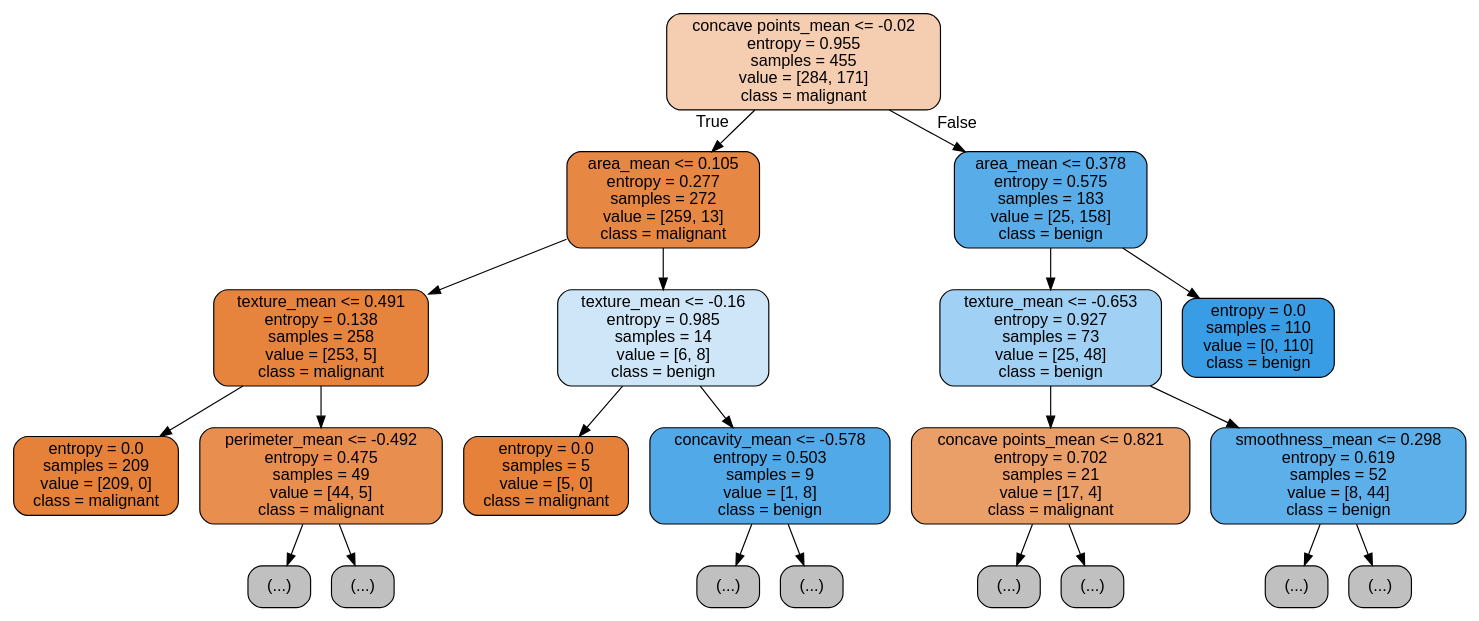
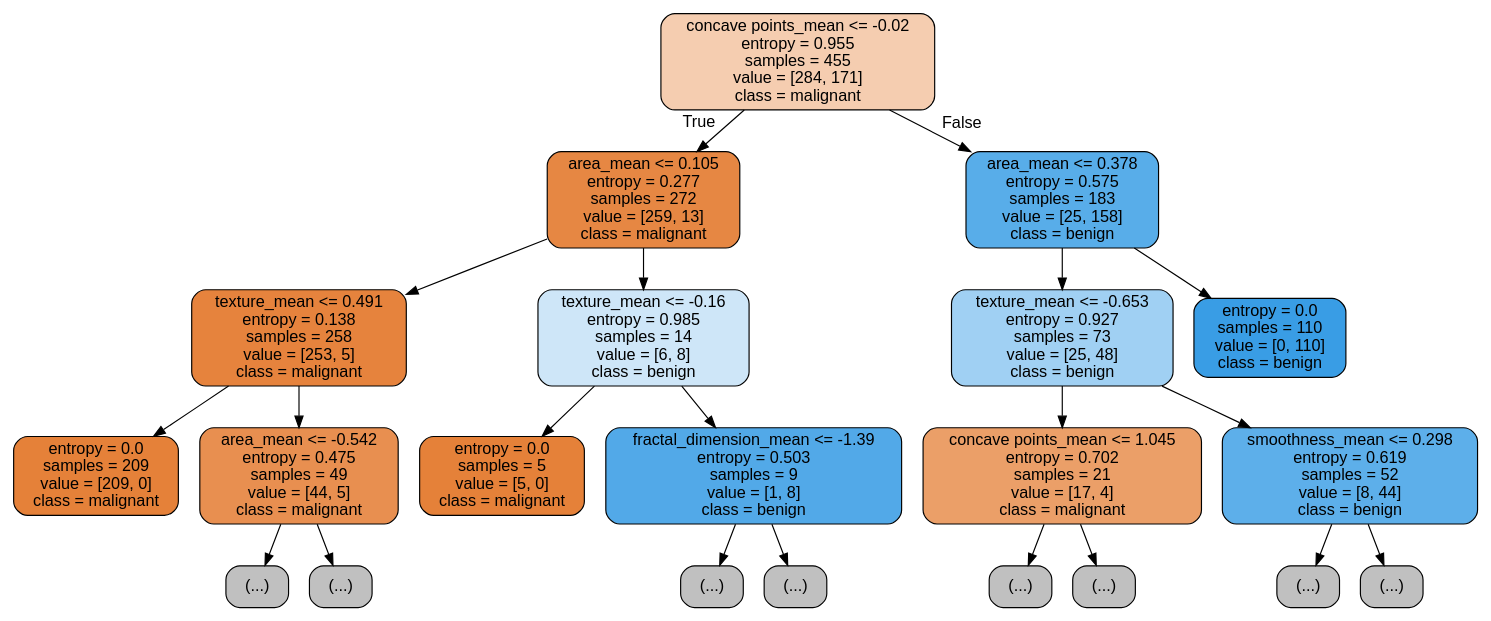
The diagram in images/tree.dot (kaylee01/Assignment3-ML), drawn with Graphviz before and after one commit. The commit also changed 1 other file, not shown here.

```diff
--- a/images/tree.dot
+++ b/images/tree.dot
@@ -1,45 +1,45 @@
 digraph Tree {
 node [shape=box, style="filled, rounded", color="black", fontname="helvetica"] ;
 edge [fontname="helvetica"] ;
 0 [label="concave points_mean <= -0.02\nentropy = 0.955\nsamples = 455\nvalue = [284, 171]\nclass = malignant", fillcolor="#f5cdb0"] ;
 1 [label="area_mean <= 0.105\nentropy = 0.277\nsamples = 272\nvalue = [259, 13]\nclass = malignant", fillcolor="#e68743"] ;
 0 -> 1 [labeldistance=2.5, labelangle=45, headlabel="True"] ;
 2 [label="texture_mean <= 0.491\nentropy = 0.138\nsamples = 258\nvalue = [253, 5]\nclass = malignant", fillcolor="#e6833d"] ;
 1 -> 2 ;
 3 [label="entropy = 0.0\nsamples = 209\nvalue = [209, 0]\nclass = malignant", fillcolor="#e58139"] ;
 2 -> 3 ;
-4 [label="perimeter_mean <= -0.492\nentropy = 0.475\nsamples = 49\nvalue = [44, 5]\nclass = malignant", fillcolor="#e88f50"] ;
+4 [label="area_mean <= -0.542\nentropy = 0.475\nsamples = 49\nvalue = [44, 5]\nclass = malignant", fillcolor="#e88f50"] ;
 2 -> 4 ;
 5 [label="(...)", fillcolor="#C0C0C0"] ;
 4 -> 5 ;
 6 [label="(...)", fillcolor="#C0C0C0"] ;
 4 -> 6 ;
-11 [label="texture_mean <= -0.16\nentropy = 0.985\nsamples = 14\nvalue = [6, 8]\nclass = benign", fillcolor="#cee6f8"] ;
-1 -> 11 ;
-12 [label="entropy = 0.0\nsamples = 5\nvalue = [5, 0]\nclass = malignant", fillcolor="#e58139"] ;
+9 [label="texture_mean <= -0.16\nentropy = 0.985\nsamples = 14\nvalue = [6, 8]\nclass = benign", fillcolor="#cee6f8"] ;
+1 -> 9 ;
+10 [label="entropy = 0.0\nsamples = 5\nvalue = [5, 0]\nclass = malignant", fillcolor="#e58139"] ;
+9 -> 10 ;
+11 [label="fractal_dimension_mean <= -1.39\nentropy = 0.503\nsamples = 9\nvalue = [1, 8]\nclass = benign", fillcolor="#52a9e8"] ;
+9 -> 11 ;
+12 [label="(...)", fillcolor="#C0C0C0"] ;
 11 -> 12 ;
-13 [label="concavity_mean <= -0.578\nentropy = 0.503\nsamples = 9\nvalue = [1, 8]\nclass = benign", fillcolor="#52a9e8"] ;
+13 [label="(...)", fillcolor="#C0C0C0"] ;
 11 -> 13 ;
-14 [label="(...)", fillcolor="#C0C0C0"] ;
-13 -> 14 ;
-15 [label="(...)", fillcolor="#C0C0C0"] ;
-13 -> 15 ;
-16 [label="area_mean <= 0.378\nentropy = 0.575\nsamples = 183\nvalue = [25, 158]\nclass = benign", fillcolor="#58ade9"] ;
-0 -> 16 [labeldistance=2.5, labelangle=-45, headlabel="False"] ;
-17 [label="texture_mean <= -0.653\nentropy = 0.927\nsamples = 73\nvalue = [25, 48]\nclass = benign", fillcolor="#a0d0f3"] ;
+14 [label="area_mean <= 0.378\nentropy = 0.575\nsamples = 183\nvalue = [25, 158]\nclass = benign", fillcolor="#58ade9"] ;
+0 -> 14 [labeldistance=2.5, labelangle=-45, headlabel="False"] ;
+15 [label="texture_mean <= -0.653\nentropy = 0.927\nsamples = 73\nvalue = [25, 48]\nclass = benign", fillcolor="#a0d0f3"] ;
+14 -> 15 ;
+16 [label="concave points_mean <= 1.045\nentropy = 0.702\nsamples = 21\nvalue = [17, 4]\nclass = malignant", fillcolor="#eb9f68"] ;
+15 -> 16 ;
+17 [label="(...)", fillcolor="#C0C0C0"] ;
 16 -> 17 ;
-18 [label="concave points_mean <= 0.821\nentropy = 0.702\nsamples = 21\nvalue = [17, 4]\nclass = malignant", fillcolor="#eb9f68"] ;
-17 -> 18 ;
-19 [label="(...)", fillcolor="#C0C0C0"] ;
-18 -> 19 ;
+20 [label="(...)", fillcolor="#C0C0C0"] ;
+16 -> 20 ;
+21 [label="smoothness_mean <= 0.298\nentropy = 0.619\nsamples = 52\nvalue = [8, 44]\nclass = benign", fillcolor="#5dafea"] ;
+15 -> 21 ;
 22 [label="(...)", fillcolor="#C0C0C0"] ;
-18 -> 22 ;
-23 [label="smoothness_mean <= 0.298\nentropy = 0.619\nsamples = 52\nvalue = [8, 44]\nclass = benign", fillcolor="#5dafea"] ;
-17 -> 23 ;
-24 [label="(...)", fillcolor="#C0C0C0"] ;
-23 -> 24 ;
-29 [label="(...)", fillcolor="#C0C0C0"] ;
-23 -> 29 ;
-32 [label="entropy = 0.0\nsamples = 110\nvalue = [0, 110]\nclass = benign", fillcolor="#399de5"] ;
-16 -> 32 ;
+21 -> 22 ;
+25 [label="(...)", fillcolor="#C0C0C0"] ;
+21 -> 25 ;
+28 [label="entropy = 0.0\nsamples = 110\nvalue = [0, 110]\nclass = benign", fillcolor="#399de5"] ;
+14 -> 28 ;
 }
```
